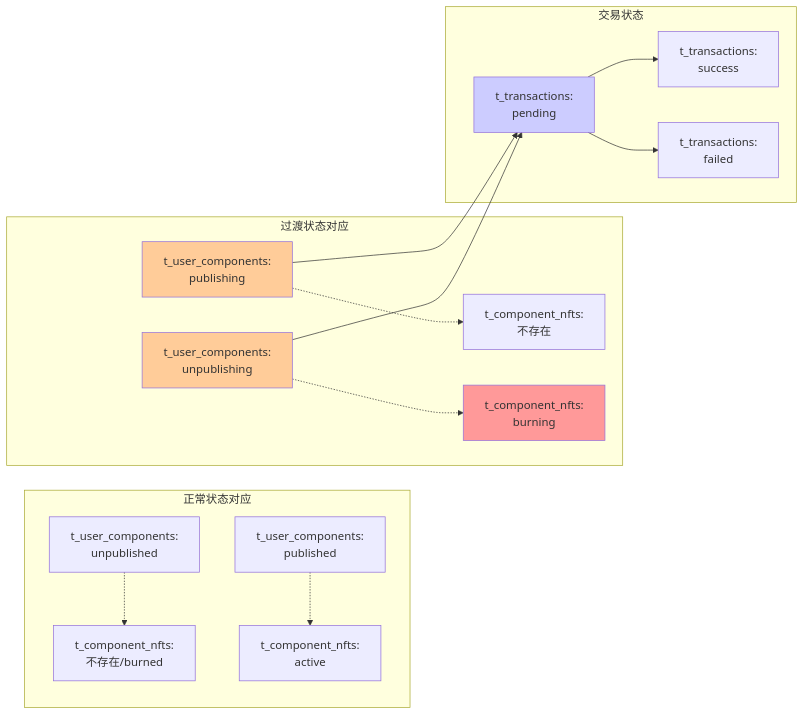
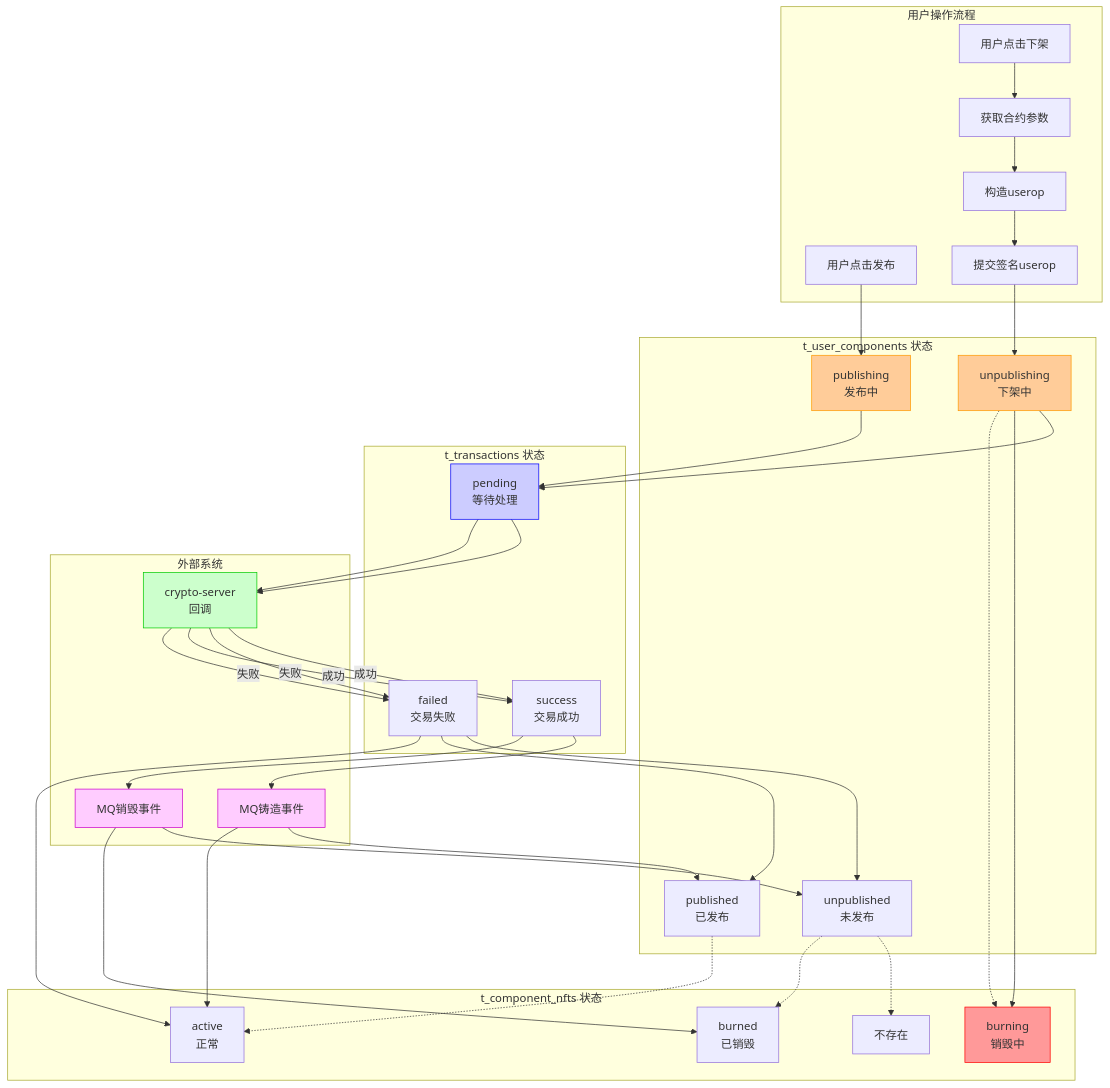
One commit to yingjianzh/iodraw-files changed the diagram in all/未命名-77.md. Above: the diagram before and after it, drawn with Mermaid.

Commit message:
2025-07-08 11:30:50 update

````diff
--- a/all/未命名-77.md
+++ b/all/未命名-77.md
@@ -1,28 +1,78 @@
 ```mermaid
-graph LR
-    subgraph "正常状态对应"
-        A1[t_user_components:<br/>unpublished] -.-> B1[t_component_nfts:<br/>不存在/burned]
-        A2[t_user_components:<br/>published] -.-> B2[t_component_nfts:<br/>active]
+graph TB
+    subgraph "用户操作流程"
+        U1[用户点击发布]
+        U2[用户点击下架]
+        U3[获取合约参数]
+        U4[构造userop]
+        U5[提交签名userop]
     end
     
-    subgraph "过渡状态对应"
-        A3[t_user_components:<br/>publishing] -.-> B3[t_component_nfts:<br/>不存在]
-        A4[t_user_components:<br/>unpublishing] -.-> B4[t_component_nfts:<br/>burning]
+    subgraph "t_user_components 状态"
+        UC1[unpublished<br/>未发布]
+        UC2[publishing<br/>发布中]
+        UC3[published<br/>已发布]
+        UC4[unpublishing<br/>下架中]
     end
     
-    subgraph "交易状态"
-        C1[t_transactions:<br/>pending]
-        C2[t_transactions:<br/>success]
-        C3[t_transactions:<br/>failed]
+    subgraph "t_component_nfts 状态"
+        NFT1[不存在]
+        NFT2[active<br/>正常]
+        NFT3[burning<br/>销毁中]
+        NFT4[burned<br/>已销毁]
     end
     
-    A3 --> C1
-    A4 --> C1
-    C1 --> C2
-    C1 --> C3
+    subgraph "t_transactions 状态"
+        TX1[pending<br/>等待处理]
+        TX2[success<br/>交易成功]
+        TX3[failed<br/>交易失败]
+    end
     
-    style A3 fill:#ffcc99
-    style A4 fill:#ffcc99
-    style B4 fill:#ff9999
-    style C1 fill:#ccccff
+    subgraph "外部系统"
+        CS[crypto-server<br/>回调]
+        MQ1[MQ铸造事件]
+        MQ2[MQ销毁事件]
+    end
+    
+    %% 发布流程
+    U1 --> UC2
+    UC2 --> TX1
+    TX1 --> CS
+    CS --> |成功| TX2
+    CS --> |失败| TX3
+    TX2 --> MQ1
+    MQ1 --> UC3
+    MQ1 --> NFT2
+    TX3 --> UC1
+    
+    %% 下架流程
+    U2 --> U3
+    U3 --> U4
+    U4 --> U5
+    U5 --> UC4
+    UC4 --> TX1
+    UC4 --> NFT3
+    TX1 --> CS
+    CS --> |成功| TX2
+    CS --> |失败| TX3
+    TX2 --> MQ2
+    MQ2 --> UC1
+    MQ2 --> NFT4
+    TX3 --> UC3
+    TX3 --> NFT2
+    
+    %% 状态对应关系
+    UC1 -.-> NFT1
+    UC3 -.-> NFT2
+    UC4 -.-> NFT3
+    UC1 -.-> NFT4
+    
+    %% 样式
+    style UC2 fill:#ffcc99,stroke:#ff9900
+    style UC4 fill:#ffcc99,stroke:#ff9900
+    style NFT3 fill:#ff9999,stroke:#ff0000
+    style TX1 fill:#ccccff,stroke:#0000ff
+    style CS fill:#ccffcc,stroke:#00cc00
+    style MQ1 fill:#ffccff,stroke:#cc00cc
+    style MQ2 fill:#ffccff,stroke:#cc00cc
 ```
````
